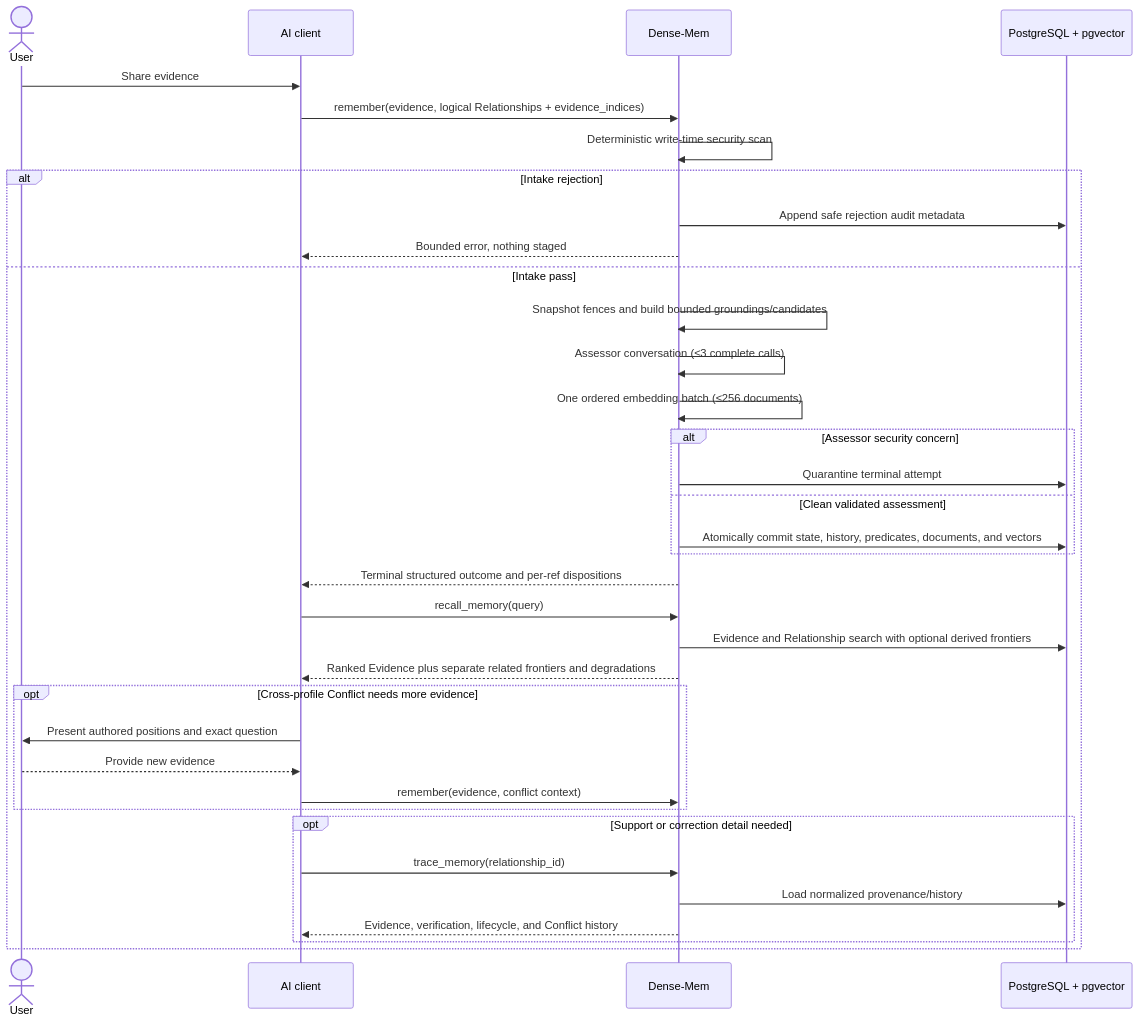
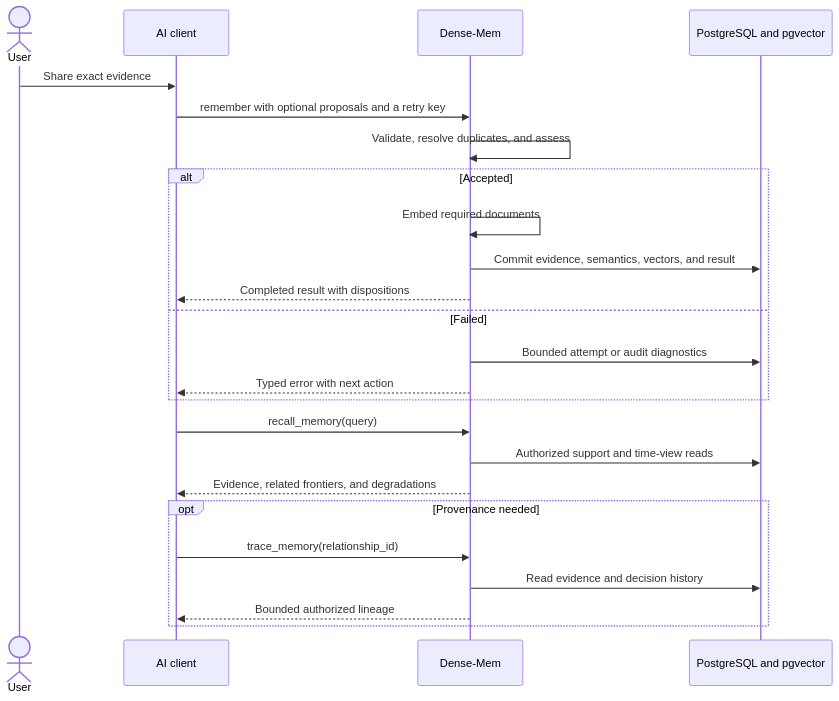
Before and after one commit to markhuangai/dense-mem: the first of 3 diagrams in Home.md, drawn with Mermaid. The commit also changed other lines of this file and 30 other files, not shown here.

````diff
--- a/Home.md
+++ b/Home.md
@@ -40,39 +39,27 @@
-```mermaid
+~~~mermaid
 %%{init: {"sequence": {"rightAngles": true}}}%%
 sequenceDiagram
   actor User
   participant Host as AI client
   participant DM as Dense-Mem
-  participant PG as PostgreSQL + pgvector
-
-  User->>Host: Share evidence
-  Host->>DM: remember(evidence, logical Relationships + evidence_indices)
-  DM->>DM: Deterministic write-time security scan
-  alt Intake rejection
-    DM->>PG: Append safe rejection audit metadata
-    DM-->>Host: Bounded error, nothing staged
-  else Intake pass
-    DM->>DM: Snapshot fences and build bounded groundings/candidates
-    DM->>DM: Assessor conversation (≤3 complete calls)
-    DM->>DM: One ordered embedding batch (≤256 documents)
-    alt Assessor security concern
-      DM->>PG: Quarantine terminal attempt
-    else Clean validated assessment
-      DM->>PG: Atomically commit state, history, predicates, documents, and vectors
-    end
-    DM-->>Host: Terminal structured outcome and per-ref dispositions
-    Host->>DM: recall_memory(query)
-    DM->>PG: Evidence and Relationship search with optional derived frontiers
-    DM-->>Host: Ranked Evidence plus separate related frontiers and degradations
-    opt Cross-profile Conflict needs more evidence
-      Host->>User: Present authored positions and exact question
-      User-->>Host: Provide new evidence
-      Host->>DM: remember(evidence, conflict context)
-    end
-    opt Support or correction detail needed
-      Host->>DM: trace_memory(relationship_id)
-      DM->>PG: Load normalized provenance/history
-      DM-->>Host: Evidence, verification, lifecycle, and Conflict history
-    end
+  participant PG as PostgreSQL and pgvector
+  User->>Host: Share exact evidence
+  Host->>DM: remember with optional proposals and a retry key
+  DM->>DM: Validate, resolve duplicates, and assess
+  alt Accepted
+    DM->>DM: Embed required documents
+    DM->>PG: Commit evidence, semantics, vectors, and result
+    DM-->>Host: Completed result with dispositions
+  else Failed
+    DM->>PG: Bounded attempt or audit diagnostics
+    DM-->>Host: Typed error with next action
   end
-```
+  Host->>DM: recall_memory(query)
+  DM->>PG: Authorized support and time-view reads
+  DM-->>Host: Evidence, related frontiers, and degradations
+  opt Provenance needed
+    Host->>DM: trace_memory(relationship_id)
+    DM->>PG: Read evidence and decision history
+    DM-->>Host: Bounded authorized lineage
+  end
+~~~
````
